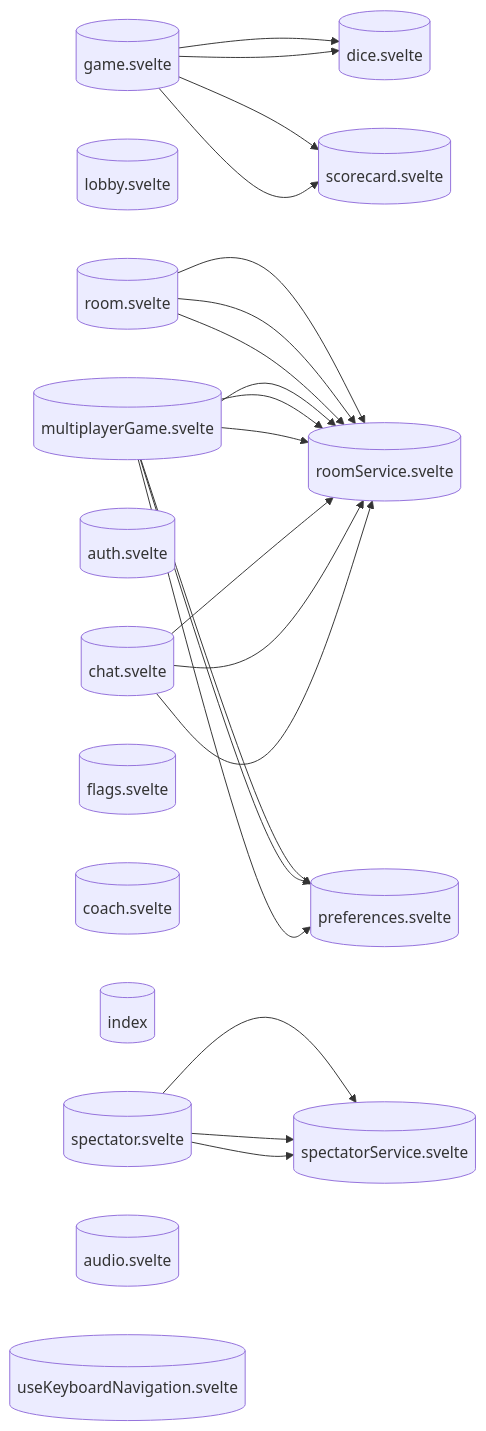
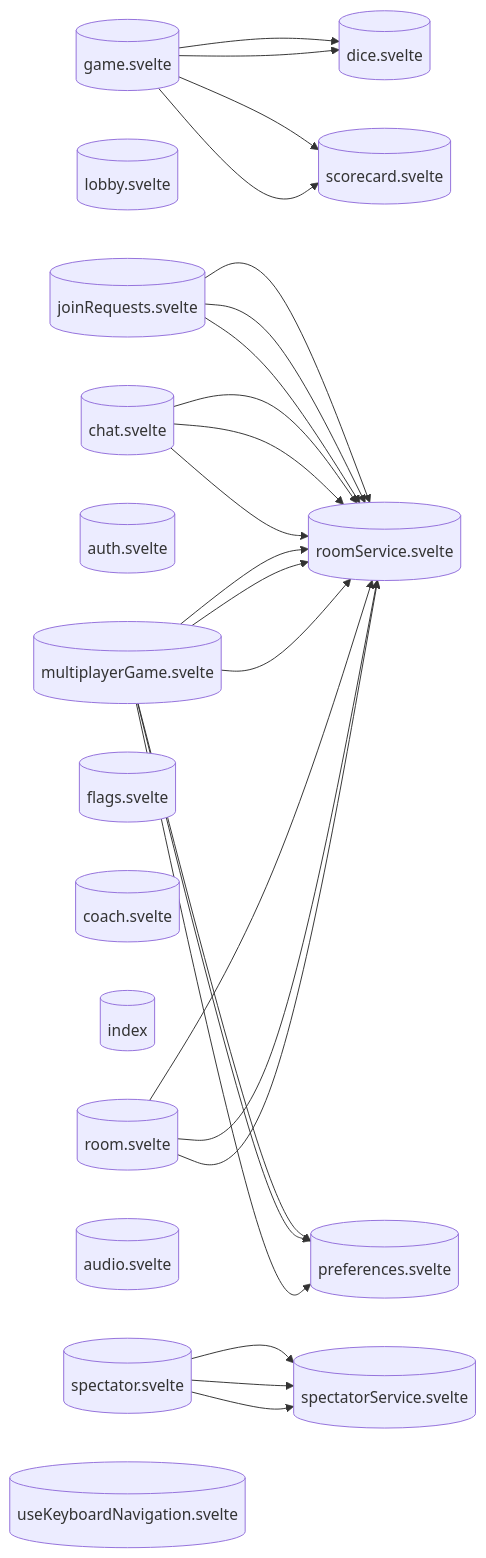
Before and after one commit to verlyn13/dicee: the diagram in docs/architecture/akg/diagrams/STORE_DEPENDENCIES.md, drawn with Mermaid. The commit also changed other lines of this file and 38 other files, not shown here.

````diff
--- a/docs/architecture/akg/diagrams/STORE_DEPENDENCIES.md
+++ b/docs/architecture/akg/diagrams/STORE_DEPENDENCIES.md
@@ -13,40 +13,44 @@
 ```mermaid
 flowchart LR
     store__game_svelte__tores_game_svelte_ts[("game.svelte")]
     store__lobby_svelte__ores_lobby_svelte_t[("lobby.svelte")]
     store__room_svelte__tores_room_svelte_ts[("room.svelte")]
     store__multiplayerGame_svelte__playerGam[("multiplayerGame.svelte")]
     store__scorecard_svelte___scorecard_svel[("scorecard.svelte")]
     store__dice_svelte__tores_dice_svelte_ts[("dice.svelte")]
     store__auth_svelte__tores_auth_svelte_ts[("auth.svelte")]
     store__spectator_svelte___spectator_svel[("spectator.svelte")]
     store__flags_svelte__ores_flags_svelte_t[("flags.svelte")]
     store__coach_svelte__ores_coach_svelte_t[("coach.svelte")]
     store__index___lib_stores_index_ts[("index")]
     store__chat_svelte__tores_chat_svelte_ts[("chat.svelte")]
     store__audio_svelte__ores_audio_svelte_t[("audio.svelte")]
+    store__joinRequests_svelte__inRequests_s[("joinRequests.svelte")]
     store__useKeyboardNavigation_svelte__Nav[("useKeyboardNavigation.svelte")]
     store__preferences_svelte__references_sv[("preferences.svelte")]
     store__spectatorService_svelte__torServi[("spectatorService.svelte")]
     store__roomService_svelte__oomService_sv[("roomService.svelte")]
 
     store__game_svelte__tores_game_svelte_ts --> store__dice_svelte__tores_dice_svelte_ts
     store__game_svelte__tores_game_svelte_ts --> store__scorecard_svelte___scorecard_svel
     store__game_svelte__tores_game_svelte_ts --> store__dice_svelte__tores_dice_svelte_ts
     store__game_svelte__tores_game_svelte_ts --> store__scorecard_svelte___scorecard_svel
     store__room_svelte__tores_room_svelte_ts --> store__roomService_svelte__oomService_sv
     store__room_svelte__tores_room_svelte_ts --> store__roomService_svelte__oomService_sv
     store__room_svelte__tores_room_svelte_ts --> store__roomService_svelte__oomService_sv
     store__multiplayerGame_svelte__playerGam --> store__preferences_svelte__references_sv
     store__multiplayerGame_svelte__playerGam --> store__roomService_svelte__oomService_sv
     store__multiplayerGame_svelte__playerGam --> store__preferences_svelte__references_sv
     store__multiplayerGame_svelte__playerGam --> store__roomService_svelte__oomService_sv
     store__multiplayerGame_svelte__playerGam --> store__preferences_svelte__references_sv
     store__multiplayerGame_svelte__playerGam --> store__roomService_svelte__oomService_sv
     store__spectator_svelte___spectator_svel --> store__spectatorService_svelte__torServi
     store__spectator_svelte___spectator_svel --> store__spectatorService_svelte__torServi
     store__spectator_svelte___spectator_svel --> store__spectatorService_svelte__torServi
     store__chat_svelte__tores_chat_svelte_ts --> store__roomService_svelte__oomService_sv
     store__chat_svelte__tores_chat_svelte_ts --> store__roomService_svelte__oomService_sv
     store__chat_svelte__tores_chat_svelte_ts --> store__roomService_svelte__oomService_sv
+    store__joinRequests_svelte__inRequests_s --> store__roomService_svelte__oomService_sv
+    store__joinRequests_svelte__inRequests_s --> store__roomService_svelte__oomService_sv
+    store__joinRequests_svelte__inRequests_s --> store__roomService_svelte__oomService_sv
 ```
````
